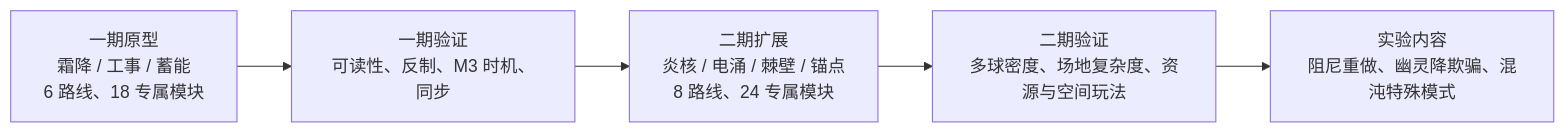
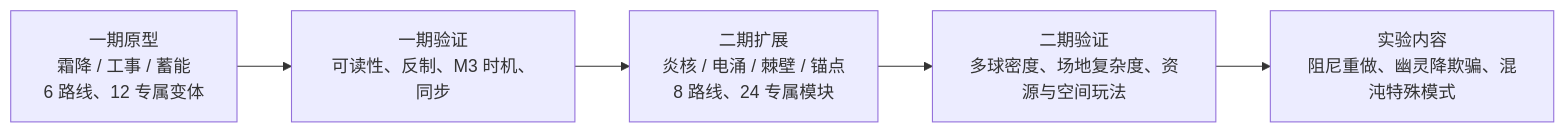
One commit to wx383847364/GatebreakerArena changed the second of 2 diagrams in doc/方案与数据/Gatebreaker Arena 英雄系统设计 v0.5.md. Above: the diagram before and after it, drawn with Mermaid. The commit also changed 45 other files, not shown here.

````diff
--- a/doc/方案与数据/Gatebreaker Arena 英雄系统设计 v0.5.md
+++ b/doc/方案与数据/Gatebreaker Arena 英雄系统设计 v0.5.md
@@ -360,7 +360,7 @@
 ```mermaid
 flowchart LR
-    A[一期原型\n霜降 / 工事 / 蓄能\n6 路线、18 专属模块] --> B[一期验证\n可读性、反制、M3 时机、同步]
+    A[一期原型\n霜降 / 工事 / 蓄能\n6 路线、12 专属变体] --> B[一期验证\n可读性、反制、M3 时机、同步]
     B --> C[二期扩展\n炎核 / 电涌 / 棘壁 / 锚点\n8 路线、24 专属模块]
     C --> D[二期验证\n多球密度、场地复杂度、资源与空间玩法]
     D --> E[实验内容\n阻尼重做、幽灵降欺骗、混沌特殊模式]
 ```
````
